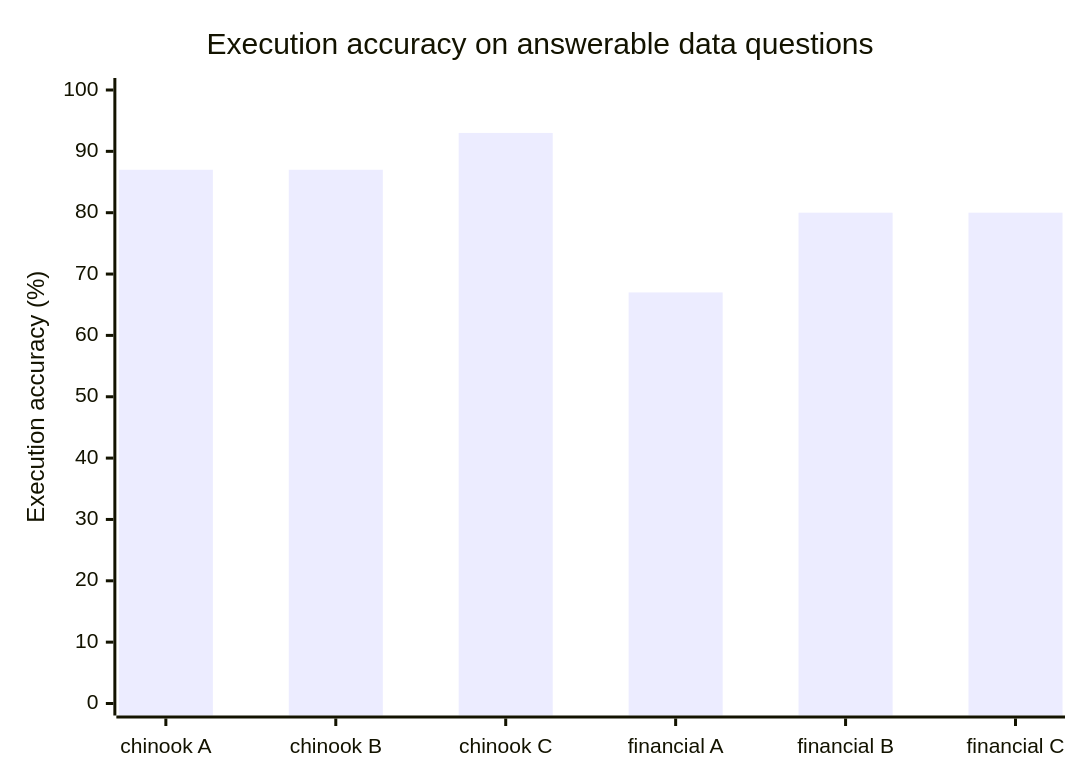
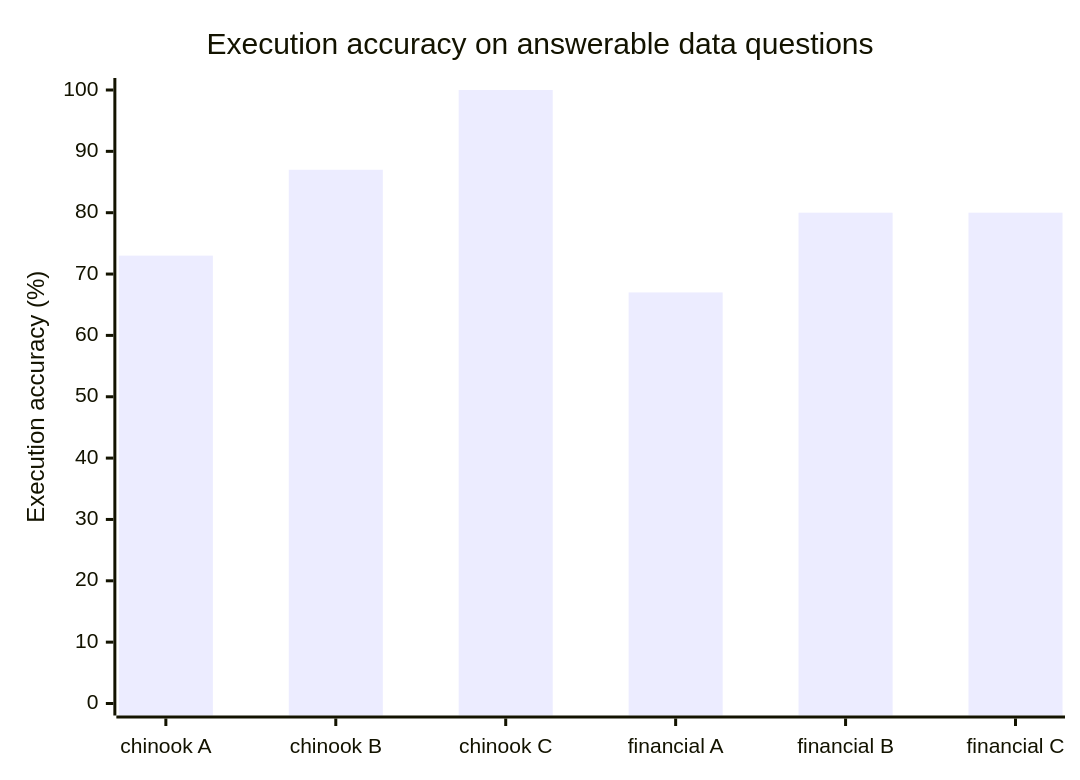
The diagram in README.md (agaszner/SchemaAgent), drawn with Mermaid before and after one commit. The commit also changed other lines of this file and 3 other files, not shown here.

````diff
--- a/README.md
+++ b/README.md
@@ -186,7 +188,7 @@
 ```mermaid
 xychart-beta
     title "Execution accuracy on answerable data questions"
     x-axis ["chinook A", "chinook B", "chinook C", "financial A", "financial B", "financial C"]
     y-axis "Execution accuracy (%)" 0 --> 100
-    bar [87, 87, 93, 67, 80, 80]
+    bar [73, 87, 100, 67, 80, 80]
 ```
````
